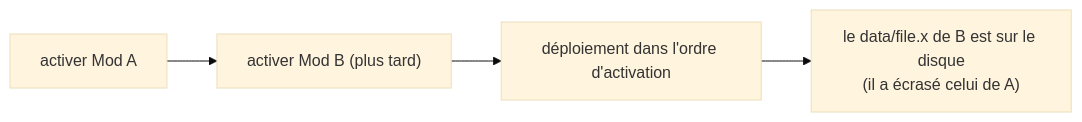
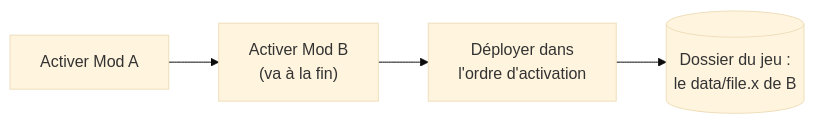
Before and after one commit to FreeProject089/BetterModsManager: the second of 4 diagrams in frontend/assets/docs/fr/how-it-works/conflicts.md, drawn with Mermaid (base theme). The commit also changed other lines of this file and 176 other files, not shown here.

````diff
--- a/frontend/assets/docs/fr/how-it-works/conflicts.md
+++ b/frontend/assets/docs/fr/how-it-works/conflicts.md
@@ -65,6 +70,6 @@
 ```mermaid
 flowchart LR
-    E1["activer Mod A"] --> E2["activer Mod B (plus tard)"]
-    E2 --> DEPLOY["déploiement dans l'ordre d'activation"]
-    DEPLOY --> WIN["le data/file.x de B est sur le disque<br/>(il a écrasé celui de A)"]
+    E1["Activer Mod A"] --> E2["Activer Mod B<br/>(va à la fin)"]
+    E2 --> DEPLOY["Déployer dans<br/>l'ordre d'activation"]
+    DEPLOY --> WIN[("Dossier du jeu :<br/>le data/file.x de B")]
 ```
````
